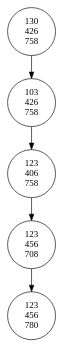
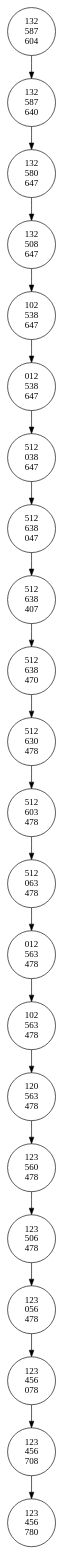
One commit to rachit901109/CLI-Board-Game-Solver changed the diagram in draw_solution.dot. Above: the diagram before and after it, drawn with Graphviz. The commit also changed 5 other files, not shown here.

```diff
--- a/draw_solution.dot
+++ b/draw_solution.dot
@@ -1,27 +1,112 @@
 digraph path{
 node [shape=circle];
-130426758 [label= "130
-426
-758
+132587604 [label= "132
+587
+604
 "]
-103426758 [label= "103
-426
-758
+132587640 [label= "132
+587
+640
 "]
-123406758 [label= "123
-406
-758
+132580647 [label= "132
+580
+647
+"]
+132508647 [label= "132
+508
+647
+"]
+102538647 [label= "102
+538
+647
+"]
+012538647 [label= "012
+538
+647
+"]
+512038647 [label= "512
+038
+647
+"]
+512638047 [label= "512
+638
+047
+"]
+512638407 [label= "512
+638
+407
+"]
+512638470 [label= "512
+638
+470
+"]
+512630478 [label= "512
+630
+478
+"]
+512603478 [label= "512
+603
+478
+"]
+512063478 [label= "512
+063
+478
+"]
+012563478 [label= "012
+563
+478
+"]
+102563478 [label= "102
+563
+478
+"]
+120563478 [label= "120
+563
+478
+"]
+123560478 [label= "123
+560
+478
+"]
+123506478 [label= "123
+506
+478
+"]
+123056478 [label= "123
+056
+478
+"]
+123456078 [label= "123
+456
+078
 "]
 123456708 [label= "123
 456
 708
 "]
 123456780 [label= "123
 456
 780
 "]
-130426758 -> 103426758
-103426758 -> 123406758
-123406758 -> 123456708
+132587604 -> 132587640
+132587640 -> 132580647
+132580647 -> 132508647
+132508647 -> 102538647
+102538647 -> 012538647
+012538647 -> 512038647
+512038647 -> 512638047
+512638047 -> 512638407
+512638407 -> 512638470
+512638470 -> 512630478
+512630478 -> 512603478
+512603478 -> 512063478
+512063478 -> 012563478
+012563478 -> 102563478
+102563478 -> 120563478
+120563478 -> 123560478
+123560478 -> 123506478
+123506478 -> 123056478
+123056478 -> 123456078
+123456078 -> 123456708
 123456708 -> 123456780
 }
```
